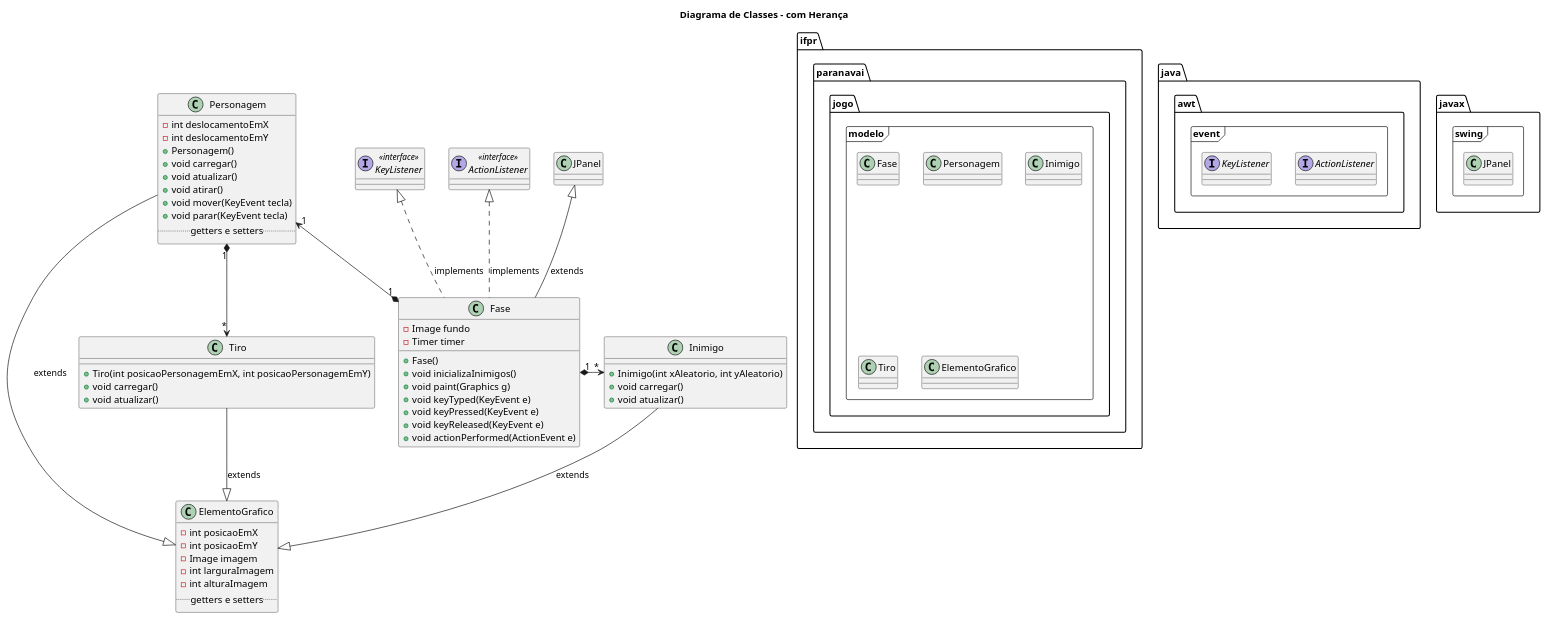
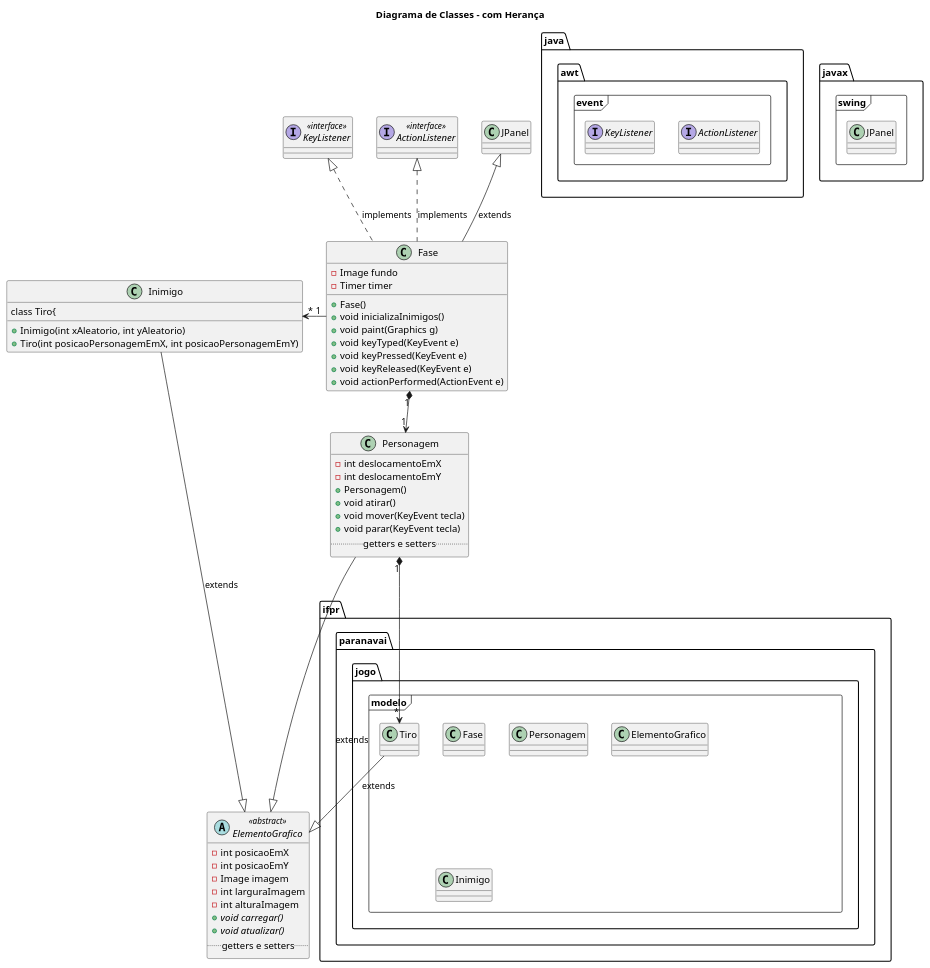
One commit to terenciani/jogo-2d-ifpr-2023 changed the diagram in uml/diagrama-classe.puml. Above: the diagram before and after it, drawn with PlantUML.

Commit message:
Capítulo 16 - Diagrama de Classes com Abstract

```diff
--- a/uml/diagrama-classe.puml
+++ b/uml/diagrama-classe.puml
@@ -1,86 +1,84 @@
 @startuml
 
 title Diagrama de Classes - com Herança
 
 package ifpr.paranavai.jogo.modelo <<Frame>> {
-  class Fase
-  class Personagem
-  class Inimigo
-  class Tiro
-  class ElementoGrafico
+    class Fase
+    class Personagem
+    class Inimigo
+    class Tiro
+    class ElementoGrafico
+    note right of ElementoGrafico::carregar
+        Itálico indica que
+        o método é abstrato
+    end note
 }
 
 package java.awt.event <<Frame>> {
-  interface ActionListener
-  interface KeyListener
-
+    interface ActionListener
+    interface KeyListener
 }
 
 
 package javax.swing <<Frame>> {
   class JPanel
 }
 
-class ElementoGrafico {
+abstract class ElementoGrafico <<abstract>> {
     -int posicaoEmX
     -int posicaoEmY
     -Image imagem
     -int larguraImagem
-    -int alturaImagem
+    -int alturaImagem    
+    +{abstract} void carregar()
+    +{abstract} void atualizar()
     .. getters e setters ..
 }
 
 class Fase {
     -Image fundo
     -Timer timer
     +Fase()
     +void inicializaInimigos()
     +void paint(Graphics g)
     +void keyTyped(KeyEvent e)
     +void keyPressed(KeyEvent e)
     +void keyReleased(KeyEvent e)
     +void actionPerformed(ActionEvent e)
 }
 
 class Personagem{
     -int deslocamentoEmX
     -int deslocamentoEmY
     +Personagem()
-    +void carregar()
-    +void atualizar()
     +void atirar()
     +void mover(KeyEvent tecla)
     +void parar(KeyEvent tecla)
     .. getters e setters ..
 }
 
 class Inimigo{
     +Inimigo(int xAleatorio, int yAleatorio)
-    +void carregar()
-    +void atualizar()
-}
 
 class Tiro{
     +Tiro(int posicaoPersonagemEmX, int posicaoPersonagemEmY)
-    +void carregar()
-    +void atualizar()
 }
 
 class JPanel
 interface ActionListener <<interface>>
 interface KeyListener <<interface>>
 
 Fase -up-|> JPanel: extends
 Fase -up.|> ActionListener: implements
 Fase -up.|> KeyListener: implements
 
-Fase "1" *--left--> "1" Personagem
-Fase "1" *-right-> "*" Inimigo
+Fase "1" *-down-> "1" Personagem
+Inimigo "*" <-right- "1" Fase
 
 Personagem "1" *--> "*" Tiro
 Personagem --|> ElementoGrafico: extends
 
 Tiro --|> ElementoGrafico: extends
 
 Inimigo --|> ElementoGrafico: extends
 @enduml
```
